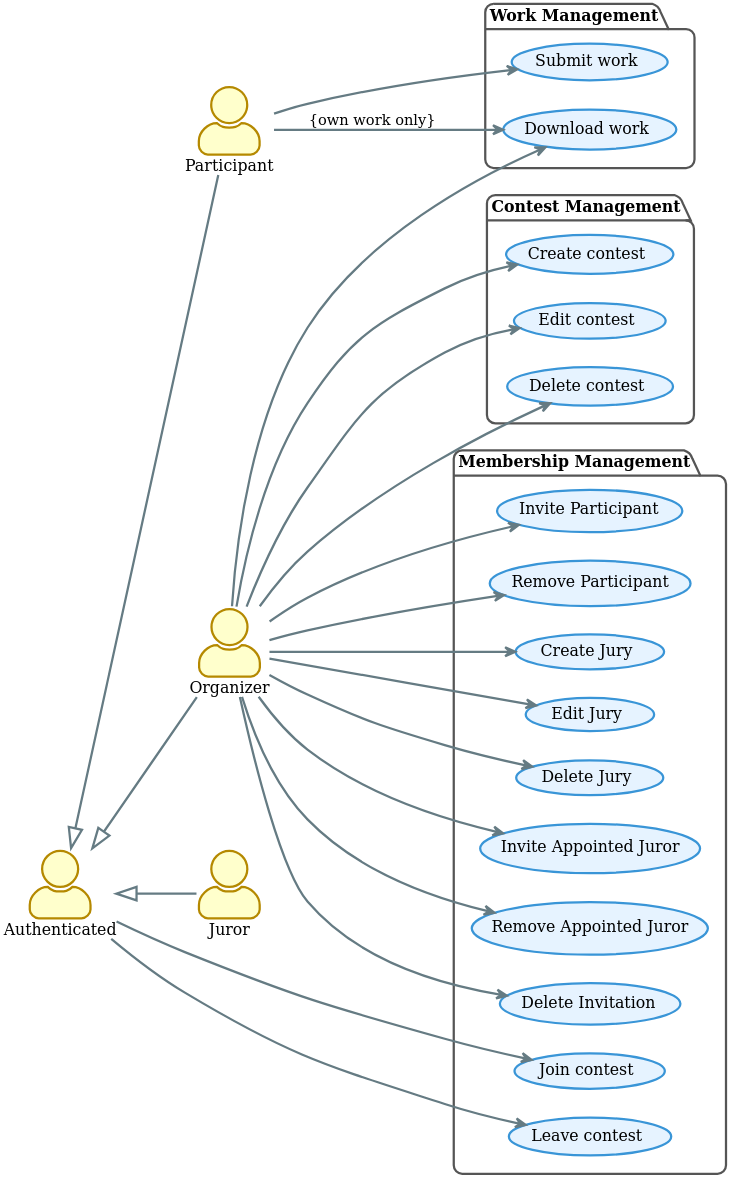
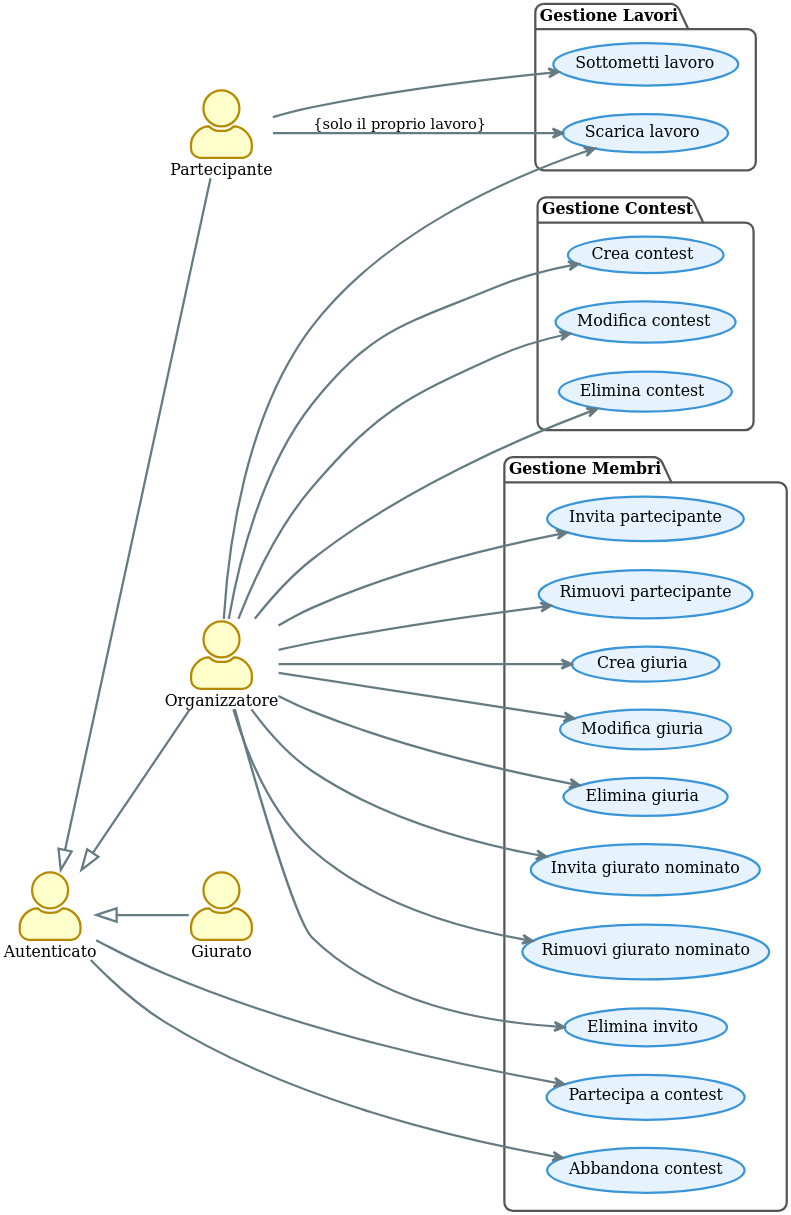
Before and after one commit to TMoretta/Swift-Contest: the diagram in thesis/diagrams/src/use-case-diagram-2.puml, drawn with PlantUML. The commit also changed 61 other files, not shown here.

```diff
--- a/thesis/diagrams/src/use-case-diagram-2.puml
+++ b/thesis/diagrams/src/use-case-diagram-2.puml
@@ -1,89 +1,89 @@
 @startuml
 
 !theme sunlust
 skinparam dpi 300
 left to right direction
 skinparam backgroundColor transparent
 skinparam actorStyle awesome
 skinparam shadowing false
 skinparam nodesep 25
 
 skinparam package {
     backgroundColor #FFFFFF
     borderColor #555555
 }
 skinparam usecase {
   backgroundColor #E6F3FF
   borderColor #3995D7
 }
 
 ' =======================================
 ' Attori
 ' =======================================
-actor Authenticated
-actor Participant
-actor Organizer
-actor Juror
+actor Autenticato
+actor Partecipante
+actor Organizzatore
+actor Giurato
 
-Authenticated <|-- Organizer
-Authenticated <|-- Juror
-Authenticated <|-- Participant
+Autenticato <|-- Organizzatore
+Autenticato <|-- Giurato
+Autenticato <|-- Partecipante
 
 ' =======================================
 ' Packages e Casi d'Uso
 ' =======================================
 
-package "Contest Management" {
-  usecase "Create contest" as UC_CreateContest
-  usecase "Edit contest" as UC_EditContest
-  usecase "Delete contest" as UC_DeleteContest
+package "Gestione Contest" {
+  usecase "Crea contest" as UC_CreateContest
+  usecase "Modifica contest" as UC_EditContest
+  usecase "Elimina contest" as UC_DeleteContest
 }
 
-package "Membership Management" {
-  usecase "Join contest" as UC_JoinContest
-  usecase "Leave contest" as UC_LeaveContest
+package "Gestione Membri" {
+  usecase "Partecipa a contest" as UC_JoinContest
+  usecase "Abbandona contest" as UC_LeaveContest
 
-  usecase "Invite Participant" as UC_InviteParticipant
-  usecase "Remove Participant" as UC_RemoveParticipant
+  usecase "Invita partecipante" as UC_InviteParticipant
+  usecase "Rimuovi partecipante" as UC_RemoveParticipant
 
-  usecase "Create Jury" as UC_CreateJury
-  usecase "Edit Jury" as UC_EditJury
-  usecase "Delete Jury" as UC_DeleteJury
-  usecase "Invite Appointed Juror" as UC_InviteAppointedJuror
-  usecase "Remove Appointed Juror" as UC_RemoveAppointedJuror
+  usecase "Crea giuria" as UC_CreateJury
+  usecase "Modifica giuria" as UC_EditJury
+  usecase "Elimina giuria" as UC_DeleteJury
+  usecase "Invita giurato nominato" as UC_InviteAppointedJuror
+  usecase "Rimuovi giurato nominato" as UC_RemoveAppointedJuror
 
-  usecase "Delete Invitation" as UC_DeleteInvitation
+  usecase "Elimina invito" as UC_DeleteInvitation
 }
 
-package "Work Management" {
-  usecase "Submit work" as UC_SubmitWork
-  usecase "Download work" as UC_DownloadWork
+package "Gestione Lavori" {
+  usecase "Sottometti lavoro" as UC_SubmitWork
+  usecase "Scarica lavoro" as UC_DownloadWork
 }
 
 ' =======================================
 ' Connessioni
 ' =======================================
 
-' Authenticated
-Authenticated --> UC_JoinContest
-Authenticated --> UC_LeaveContest
+' Autenticato
+Autenticato --> UC_JoinContest
+Autenticato --> UC_LeaveContest
 
-' Organizer
-Organizer --> UC_CreateContest
-Organizer --> UC_EditContest
-Organizer --> UC_DeleteContest
-Organizer --> UC_InviteParticipant
-Organizer --> UC_RemoveParticipant
-Organizer --> UC_DeleteInvitation
-Organizer --> UC_CreateJury
-Organizer --> UC_EditJury
-Organizer --> UC_DeleteJury
-Organizer --> UC_InviteAppointedJuror
-Organizer --> UC_RemoveAppointedJuror
-Organizer --> UC_DownloadWork
+' Organizzatore
+Organizzatore --> UC_CreateContest
+Organizzatore --> UC_EditContest
+Organizzatore --> UC_DeleteContest
+Organizzatore --> UC_InviteParticipant
+Organizzatore --> UC_RemoveParticipant
+Organizzatore --> UC_DeleteInvitation
+Organizzatore --> UC_CreateJury
+Organizzatore --> UC_EditJury
+Organizzatore --> UC_DeleteJury
+Organizzatore --> UC_InviteAppointedJuror
+Organizzatore --> UC_RemoveAppointedJuror
+Organizzatore --> UC_DownloadWork
 
-' Participant
-Participant --> UC_SubmitWork
-Participant --> UC_DownloadWork : {own work only}
+' Partecipante
+Partecipante --> UC_SubmitWork
+Partecipante --> UC_DownloadWork : {solo il proprio lavoro}
 
 @enduml
```
